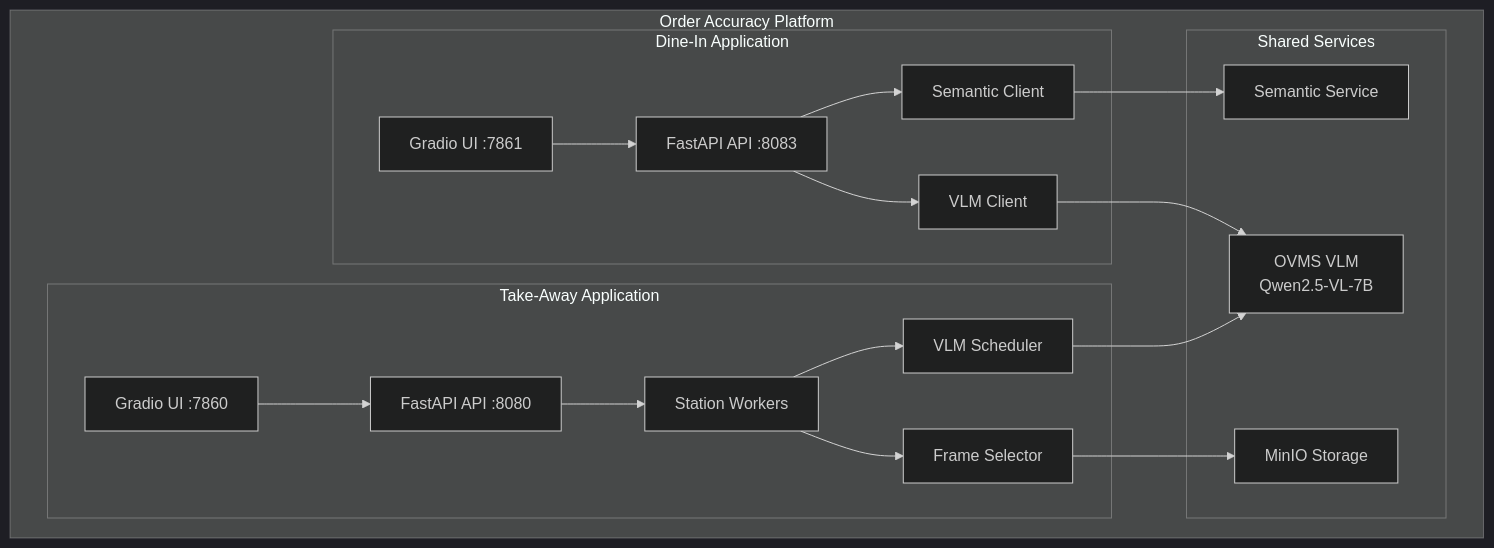
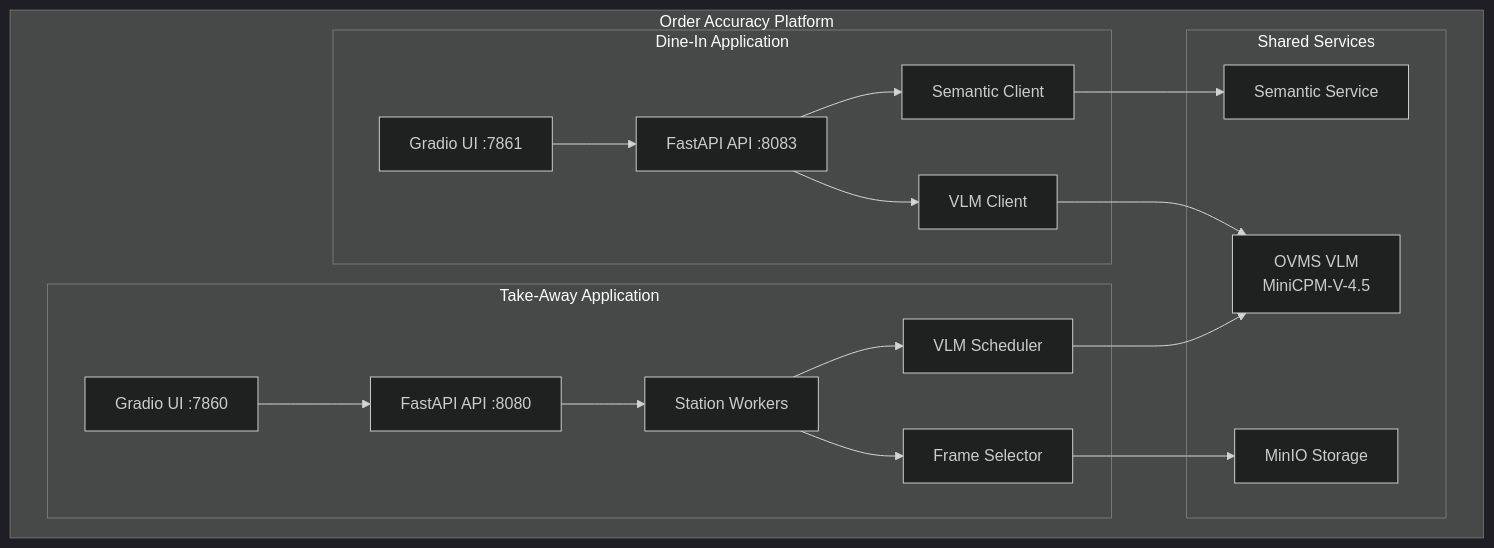
Before and after one commit to intel-retail/order-accuracy: the first of 4 diagrams in docs/user-guide/oa-how-it-works.md, drawn with Mermaid (dark theme). The commit also changed other lines of this file and 28 other files, not shown here.

First line of the commit message:
feat(take-away): switch VLM to MiniCPM-V-4.5 INT4

````diff
--- a/docs/user-guide/oa-how-it-works.md
+++ b/docs/user-guide/oa-how-it-works.md
@@ -28,38 +28,38 @@
 ```mermaid
 graph TB
     subgraph "Order Accuracy Platform"
         subgraph "Dine-In Application"
             DUI[Gradio UI :7861]
             DAPI[FastAPI API :8083]
             DVLM[VLM Client]
             DSEM[Semantic Client]
         end
 
         subgraph "Take-Away Application"
             TUI[Gradio UI :7860]
             TAPI[FastAPI API :8080]
             TSW[Station Workers]
             TVS[VLM Scheduler]
             TFS[Frame Selector]
         end
 
         subgraph "Shared Services"
-            OVMS[OVMS VLM<br>Qwen2.5-VL-7B]
+            OVMS[OVMS VLM<br>MiniCPM-V-4.5]
             SEM[Semantic Service]
             MINIO[MinIO Storage]
         end
     end
 
     DUI --> DAPI
     DAPI --> DVLM
     DAPI --> DSEM
     DVLM --> OVMS
     DSEM --> SEM
 
     TUI --> TAPI
     TAPI --> TSW
     TSW --> TFS
     TSW --> TVS
     TVS --> OVMS
     TFS --> MINIO
 ```
````
